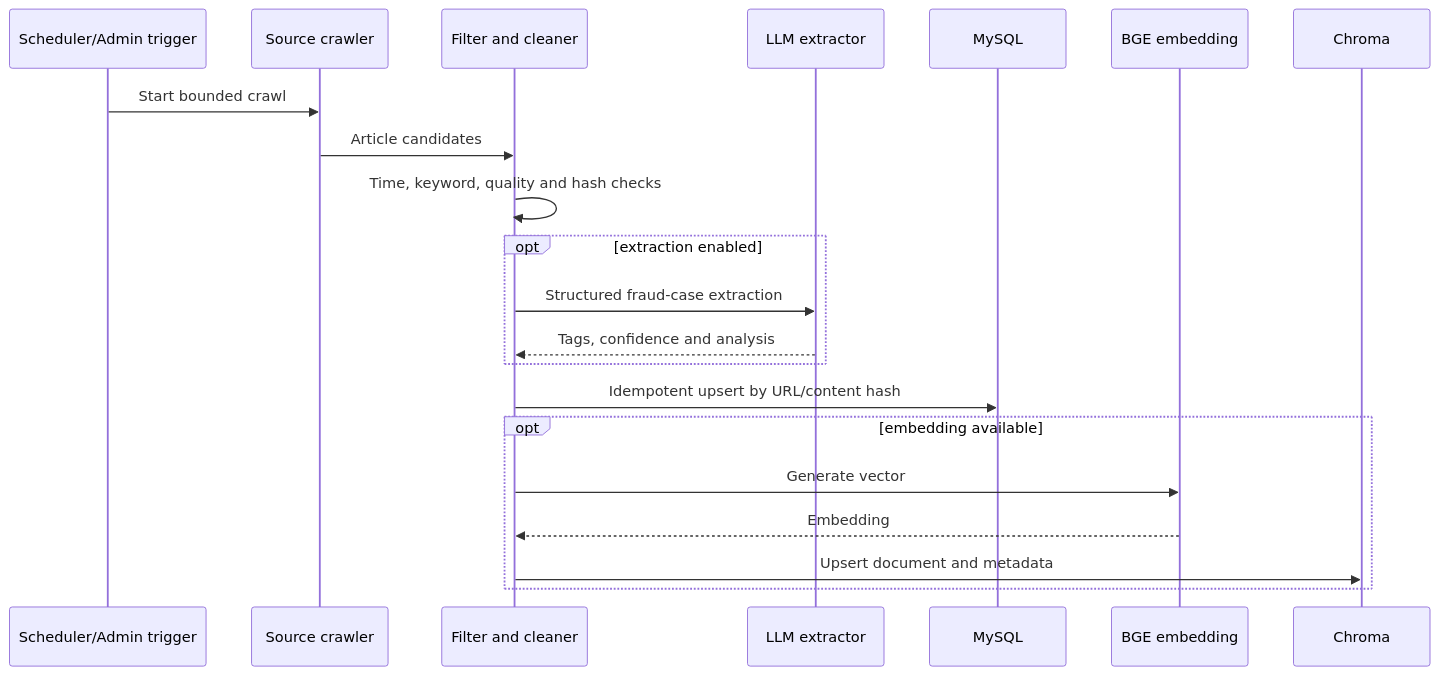
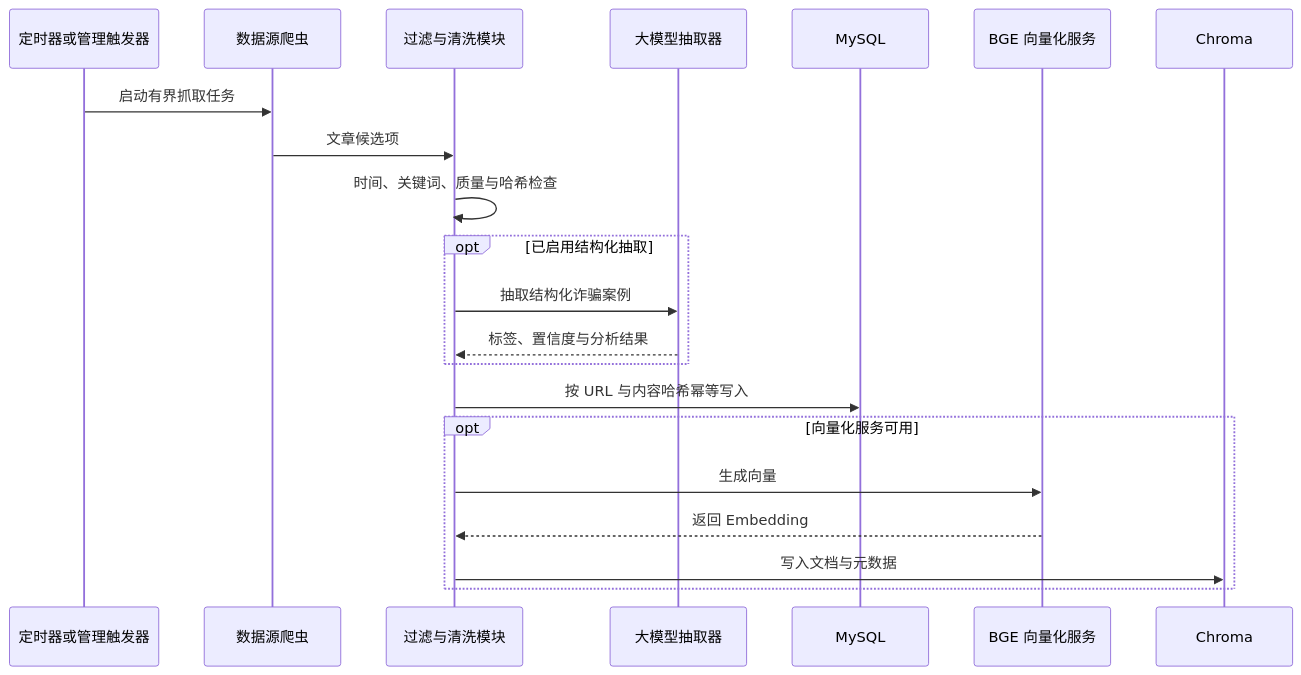
The second of 2 diagrams in docs/architecture.md (MagicVVu/FanZha), drawn with Mermaid before and after one commit. The commit also changed other lines of this file and 17 other files, not shown here.

````diff
--- a/docs/architecture.md
+++ b/docs/architecture.md
@@ -51,23 +51,23 @@
 ```mermaid
 sequenceDiagram
-    participant S as Scheduler/Admin trigger
-    participant C as Source crawler
-    participant F as Filter and cleaner
-    participant L as LLM extractor
+    participant S as 定时器或管理触发器
+    participant C as 数据源爬虫
+    participant F as 过滤与清洗模块
+    participant L as 大模型抽取器
     participant DB as MySQL
-    participant E as BGE embedding
+    participant E as BGE 向量化服务
     participant V as Chroma
-    S->>C: Start bounded crawl
-    C->>F: Article candidates
-    F->>F: Time, keyword, quality and hash checks
-    opt extraction enabled
-        F->>L: Structured fraud-case extraction
-        L-->>F: Tags, confidence and analysis
+    S->>C: 启动有界抓取任务
+    C->>F: 文章候选项
+    F->>F: 时间、关键词、质量与哈希检查
+    opt 已启用结构化抽取
+        F->>L: 抽取结构化诈骗案例
+        L-->>F: 标签、置信度与分析结果
     end
-    F->>DB: Idempotent upsert by URL/content hash
-    opt embedding available
-        F->>E: Generate vector
-        E-->>F: Embedding
-        F->>V: Upsert document and metadata
+    F->>DB: 按 URL 与内容哈希幂等写入
+    opt 向量化服务可用
+        F->>E: 生成向量
+        E-->>F: 返回 Embedding
+        F->>V: 写入文档与元数据
     end
 ```
````
